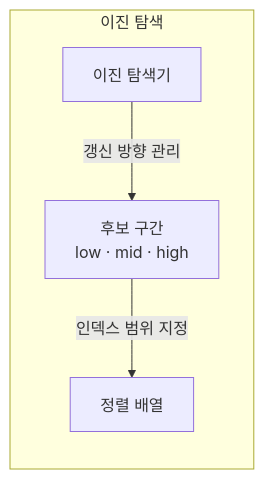
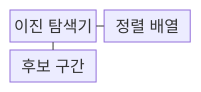
Before and after one commit to agnusdei1207/knowledge-base: the second of 4 diagrams in src/content/docs/notes/01-basic-theory/004_binary_search.md, drawn with Mermaid. The commit also changed other lines of this file and 20 other files, not shown here.

````diff
--- a/src/content/docs/notes/01-basic-theory/004_binary_search.md
+++ b/src/content/docs/notes/01-basic-theory/004_binary_search.md
@@ -75,11 +73,9 @@
 ```mermaid
-flowchart TB
-    subgraph BS[이진 탐색]
-        direction TB
-        B[이진 탐색기]
-        R[후보 구간<br/>low · mid · high]
-        A[정렬 배열]
-        B -->|갱신 방향 관리| R
-        R -->|인덱스 범위 지정| A
-    end
+block
+    columns 2
+    B["이진 탐색기"]
+    A["정렬 배열"]
+    R["후보 구간"]
+    B --- A
+    B --- R
 ```
````
